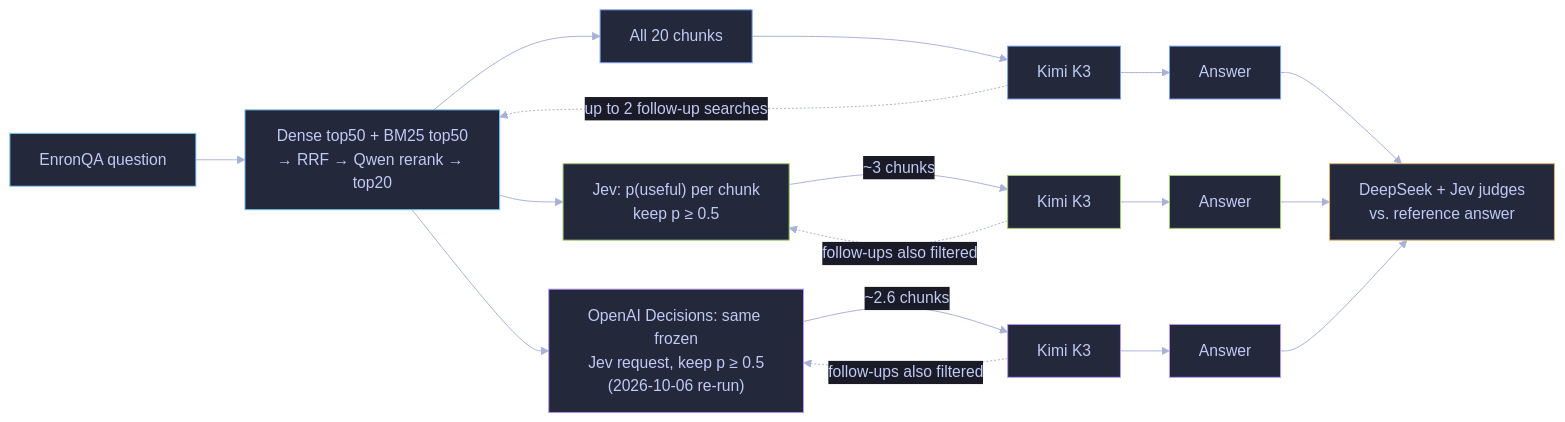
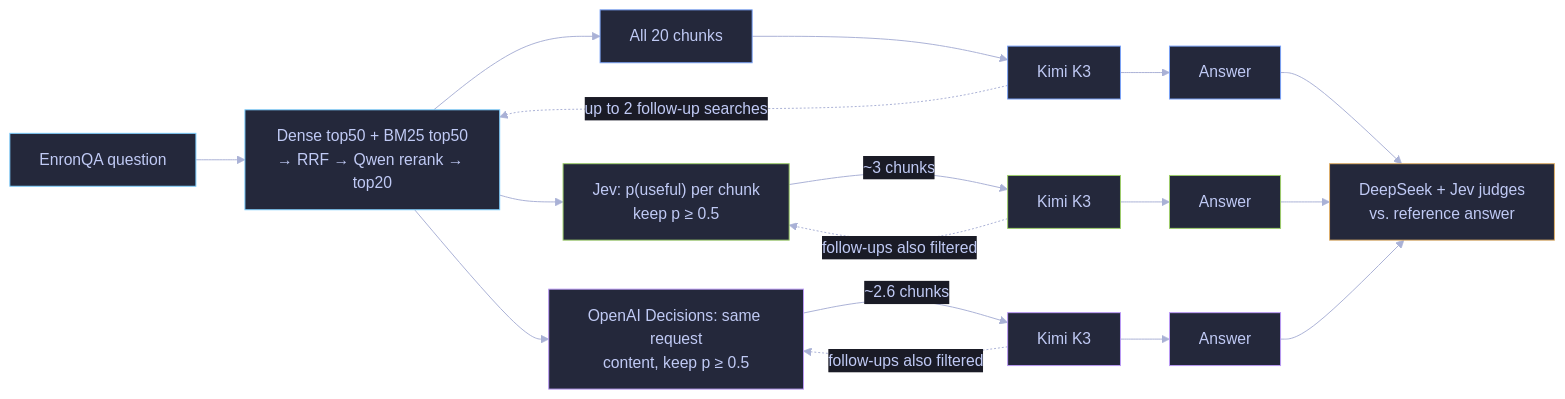
The first of 2 diagrams in experiments/jev-search-result-narrower/README.md (dorkitude/decision-model-testing), drawn with Mermaid before and after one commit. The commit also changed other lines of this file and 57 other files, not shown here.

````diff
--- a/experiments/jev-search-result-narrower/README.md
+++ b/experiments/jev-search-result-narrower/README.md
@@ -22,24 +22,24 @@
 ```mermaid
 %%{init: {"theme": "base", "themeVariables": {"background": "#1a1b26", "primaryColor": "#24283b", "primaryTextColor": "#c0caf5", "textColor": "#c0caf5", "primaryBorderColor": "#7aa2f7", "lineColor": "#a9b1d6", "edgeLabelBackground": "#1a1b26"}}}%%
 flowchart LR
     Q["EnronQA question"] --> S["Dense top50 + BM25 top50<br/>→ RRF → Qwen rerank → top20"]
     S --> B["All 20 chunks"] --> KB["Kimi K3"] --> AB["Answer"]
     S --> J["Jev: p(useful) per chunk<br/>keep p ≥ 0.5"] -->|"~3 chunks"| KF["Kimi K3"] --> AF["Answer"]
-    S --> D["OpenAI Decisions: same frozen<br/>Jev request, keep p ≥ 0.5<br/>(2026-10-06 re-run)"] -->|"~2.6 chunks"| KD["Kimi K3"] --> AD["Answer"]
+    S --> D["OpenAI Decisions: same request<br/>content, keep p ≥ 0.5"] -->|"~2.6 chunks"| KD["Kimi K3"] --> AD["Answer"]
     KB -. "up to 2 follow-up searches" .-> S
     KF -. "follow-ups also filtered" .-> J
     KD -. "follow-ups also filtered" .-> D
     AB --> G["DeepSeek + Jev judges<br/>vs. reference answer"]
     AF --> G
     AD --> G
     classDef shared fill:#24283b,stroke:#7dcfff,color:#c0caf5;
     classDef baseline fill:#24283b,stroke:#7aa2f7,color:#c0caf5;
     classDef jev fill:#24283b,stroke:#9ece6a,color:#c0caf5;
     classDef decisions fill:#24283b,stroke:#bb9af7,color:#c0caf5;
     classDef score fill:#24283b,stroke:#e0af68,color:#c0caf5;
     class Q,S shared;
     class B,KB,AB baseline;
     class J,KF,AF jev;
     class D,KD,AD decisions;
     class G score;
 ```
````
